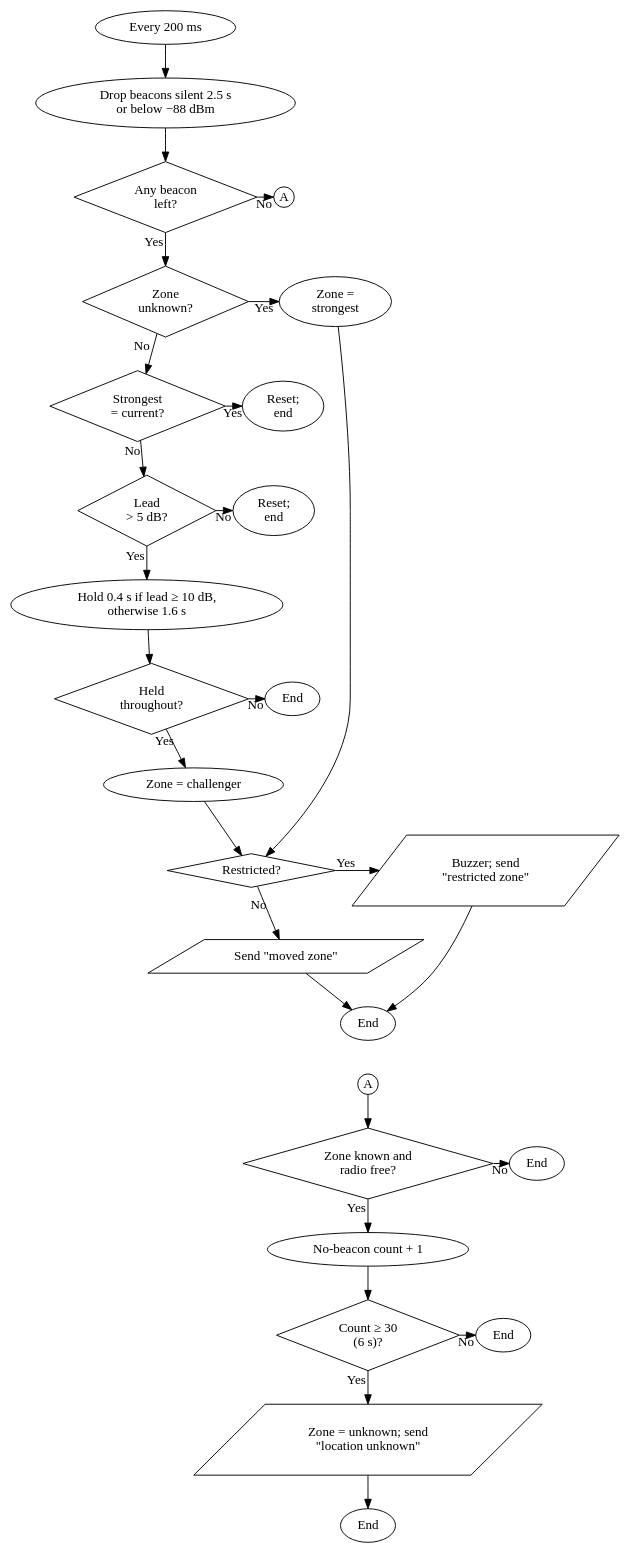
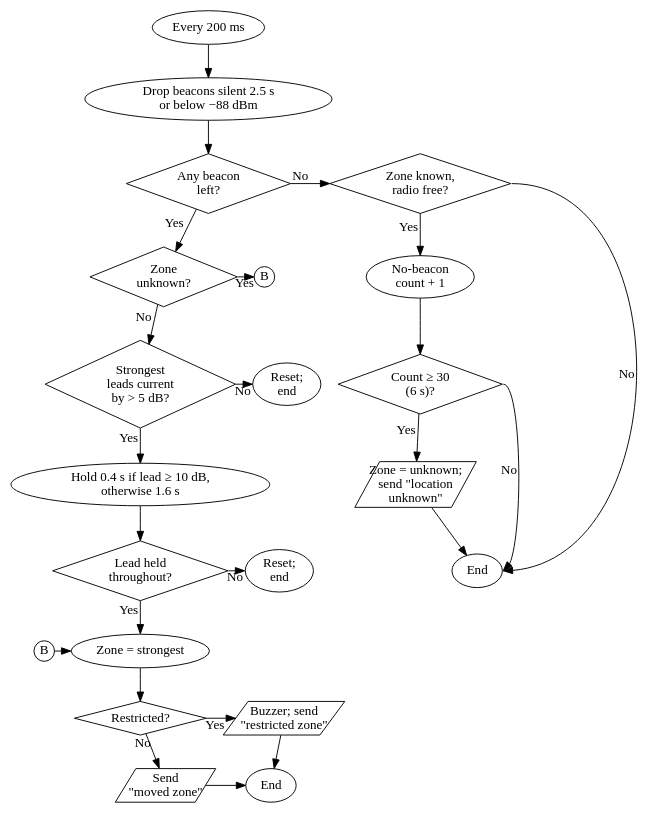
The diagram in tools/deliverables/flowcharts/c_zone.dot (Jeju2004/SESEM), drawn with Graphviz before and after one commit. The commit also changed 9 other files, not shown here.

```diff
--- a/tools/deliverables/flowcharts/c_zone.dot
+++ b/tools/deliverables/flowcharts/c_zone.dot
@@ -1,30 +1,30 @@
 digraph Z { #include
+  // centre: classification with reset terminators; connector B: zone-unknown shortcut; right: no-beacon branch
+  node [margin="0.04,0.02"];
   s  [label="Every 200 ms", style=rounded];
   a  [label="Drop beacons silent 2.5 s\nor below −88 dBm"];
-  d1 [label="Any beacon\nleft?", shape=diamond];     cA [label="A", shape=circle, width=0.3, fixedsize=true];
-  d2 [label="Zone\nunknown?", shape=diamond];         t  [label="Zone =\nstrongest"];
-  d3 [label="Strongest\n= current?", shape=diamond];  e1 [label="Reset;\nend", style=rounded];
-  d4 [label="Lead\n> 5 dB?", shape=diamond];          e2 [label="Reset;\nend", style=rounded];
+  d1 [label="Any beacon\nleft?", shape=diamond];
+  d2 [label="Zone\nunknown?", shape=diamond];
+  d3 [label="Strongest\nleads current\nby > 5 dB?", shape=diamond];  e1 [label="Reset;\nend", style=rounded];
   p  [label="Hold 0.4 s if lead ≥ 10 dB,\notherwise 1.6 s"];
-  d5 [label="Held\nthroughout?", shape=diamond];     e3 [label="End", style=rounded];
-  c  [label="Zone = challenger"];
-  d6 [label="Restricted?", shape=diamond];          ar [label="Buzzer; send\n\"restricted zone\"", shape=parallelogram];
-  az [label="Send \"moved zone\"", shape=parallelogram];
+  d5 [label="Lead held\nthroughout?", shape=diamond];  e3 [label="Reset;\nend", style=rounded];
+  c  [label="Zone = strongest"];
+  b1 [label="B", shape=circle, width=0.3, fixedsize=true];  b2 [label="B", shape=circle, width=0.3, fixedsize=true];
+  d6 [label="Restricted?", shape=diamond];
+  ar [label="Buzzer; send\n\"restricted zone\"", shape=parallelogram, fixedsize=true, width=1.75, height=0.5];
+  az [label="Send\n\"moved zone\"", shape=parallelogram, fixedsize=true, width=1.45, height=0.5];
   e4 [label="End", style=rounded];
-  cA2 [label="A", shape=circle, width=0.3, fixedsize=true];
-  n1 [label="Zone known and\nradio free?", shape=diamond]; e5 [label="End", style=rounded];
-  n2 [label="No-beacon count + 1"];
-  n3 [label="Count ≥ 30\n(6 s)?", shape=diamond];      e6 [label="End", style=rounded];
-  n4 [label="Zone = unknown; send\n\"location unknown\"", shape=parallelogram];
+  n1 [label="Zone known,\nradio free?", shape=diamond];
+  n2 [label="No-beacon\ncount + 1"];
+  n3 [label="Count ≥ 30\n(6 s)?", shape=diamond];
+  n4 [label="Zone = unknown;\nsend \"location\nunknown\"", shape=parallelogram, fixedsize=true, width=1.75, height=0.68];
   e7 [label="End", style=rounded];
-  s->a->d1; d1->cA [xlabel="No"]; d1->d2 [xlabel="Yes"];
-  d2->t [xlabel="Yes"]; d2->d3 [xlabel="No"]; t->d6;
-  d3->e1 [xlabel="Yes"]; d3->d4 [xlabel="No"];
-  d4->e2 [xlabel="No"]; d4->p [xlabel="Yes"]; p->d5;
+  s->a->d1; d1->n1 [xlabel="No"]; d1->d2 [xlabel="Yes"];
+  d2->b1 [xlabel="Yes"]; b2->c; d2->d3 [xlabel="No"];
+  d3->e1 [xlabel="No"]; d3->p [xlabel="Yes"]; p->d5;
   d5->e3 [xlabel="No"]; d5->c [xlabel="Yes"]; c->d6;
   d6->ar [xlabel="Yes"]; d6->az [xlabel="No"]; ar->e4; az->e4;
-  e4->cA2 [style=invis];
-  cA2->n1; n1->e5 [xlabel="No"]; n1->n2 [xlabel="Yes"]; n2->n3; n3->e6 [xlabel="No"]; n3->n4 [xlabel="Yes"]; n4->e7;
-  {rank=same; d1; cA;} {rank=same; d2; t;} {rank=same; d3; e1;} {rank=same; d4; e2;} {rank=same; d5; e3;} {rank=same; d6; ar;}
-  {rank=same; n1; e5;} {rank=same; n3; e6;}
+  n1->n2 [xlabel="Yes"]; n2->n3; n3->n4 [xlabel="Yes"]; n4->e7;
+  n1:e->e7:e [xlabel="No"]; n3:e->e7:e [xlabel="No"];
+  {rank=same; d1; n1;} {rank=same; d2; b1;} {rank=same; b2; c;} {rank=same; d3; e1;} {rank=same; d5; e3;} {rank=same; d6; ar;} {rank=same; az; e4;}
 }
```
